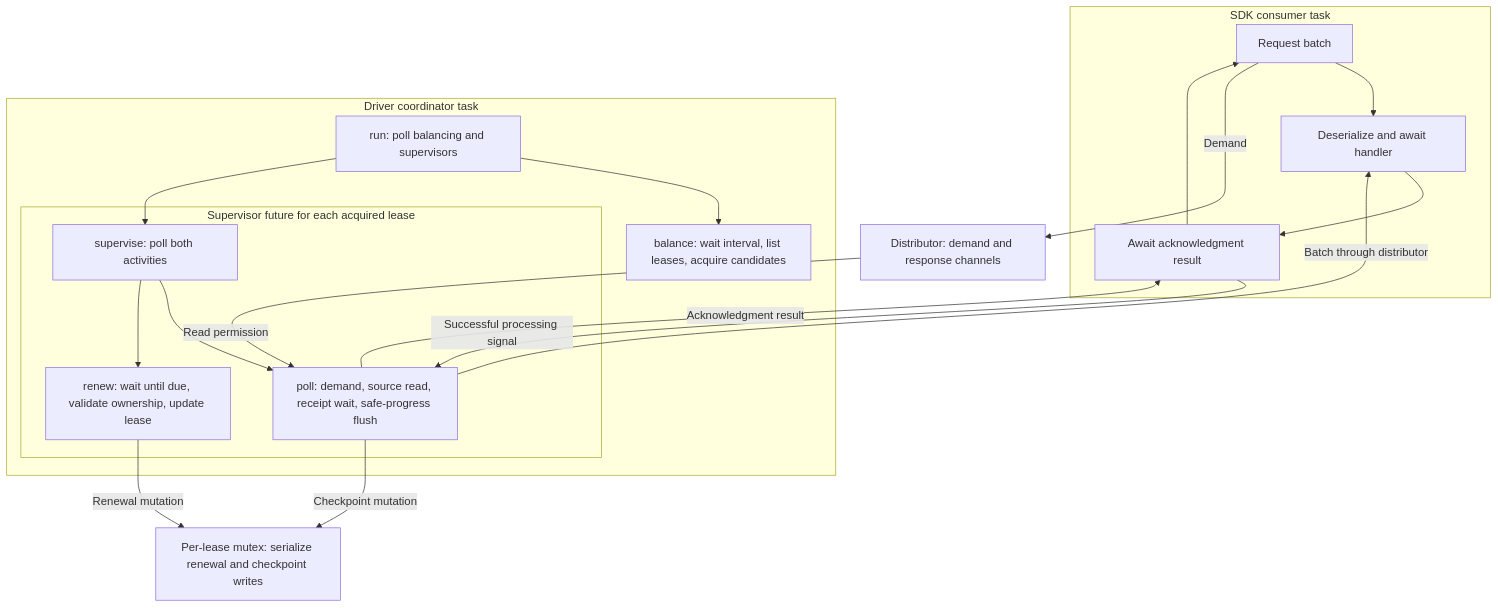
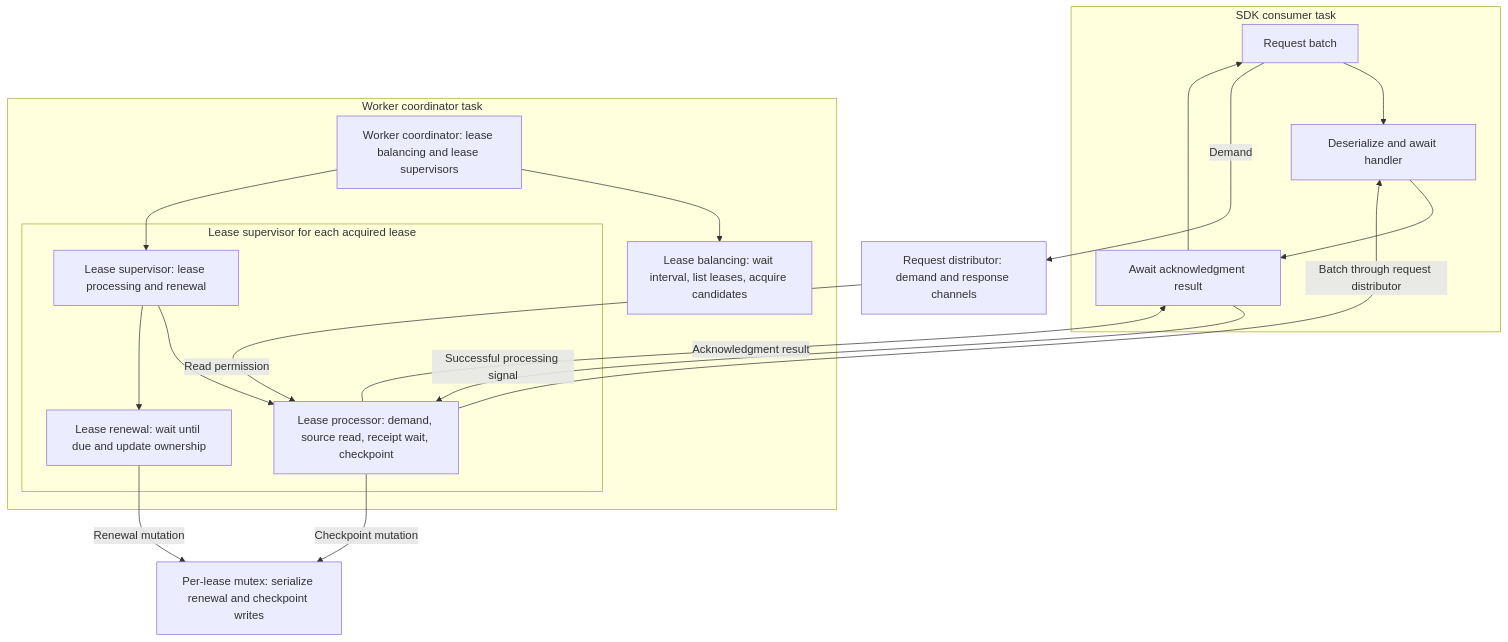
The fifth of 5 diagrams in sdk/cosmos/docs/specs/0031-change-feed-processor.md (Azure/azure-sdk-for-rust), drawn with Mermaid before and after one commit. The commit also changed other lines of this file, not shown here.

````diff
--- a/sdk/cosmos/docs/specs/0031-change-feed-processor.md
+++ b/sdk/cosmos/docs/specs/0031-change-feed-processor.md
@@ -1632,31 +1651,31 @@
 ```mermaid
 flowchart TB
     subgraph SDKTask["SDK consumer task"]
         Consumer["Request batch"]
         Handler["Deserialize and await handler"]
         Ack["Await acknowledgment result"]
         Consumer --> Handler --> Ack --> Consumer
     end
-    subgraph DriverTask["Driver coordinator task"]
-        Coordinator["run: poll balancing and supervisors"]
-        Balance["balance: wait interval, list leases, acquire candidates"]
-        subgraph Lease["Supervisor future for each acquired lease"]
-            Supervisor["supervise: poll both activities"]
-            Feed["poll: demand, source read, receipt wait, safe-progress flush"]
-            Renew["renew: wait until due, validate ownership, update lease"]
+    subgraph DriverTask["Worker coordinator task"]
+        Coordinator["Worker coordinator: lease balancing and lease supervisors"]
+        Balance["Lease balancing: wait interval, list leases, acquire candidates"]
+        subgraph Lease["Lease supervisor for each acquired lease"]
+            Supervisor["Lease supervisor: lease processing and renewal"]
+            Feed["Lease processor: demand, source read, receipt wait, checkpoint"]
+            Renew["Lease renewal: wait until due and update ownership"]
             Supervisor --> Feed
             Supervisor --> Renew
         end
         Coordinator --> Balance
         Coordinator --> Supervisor
     end
-    Delivery["Distributor: demand and response channels"]
+    Delivery["Request distributor: demand and response channels"]
     State["Per-lease mutex: serialize renewal and checkpoint writes"]
     Consumer -->|Demand| Delivery
     Delivery -->|Read permission| Feed
-    Feed -->|Batch through distributor| Handler
+    Feed -->|Batch through request distributor| Handler
     Ack -->|Successful processing signal| Feed
     Feed -->|Checkpoint mutation| State
     Renew -->|Renewal mutation| State
     Feed -->|Acknowledgment result| Ack
 ```
````
